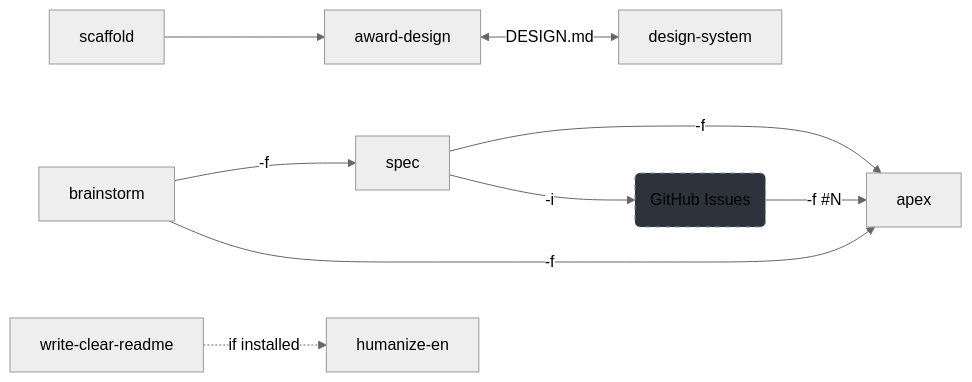
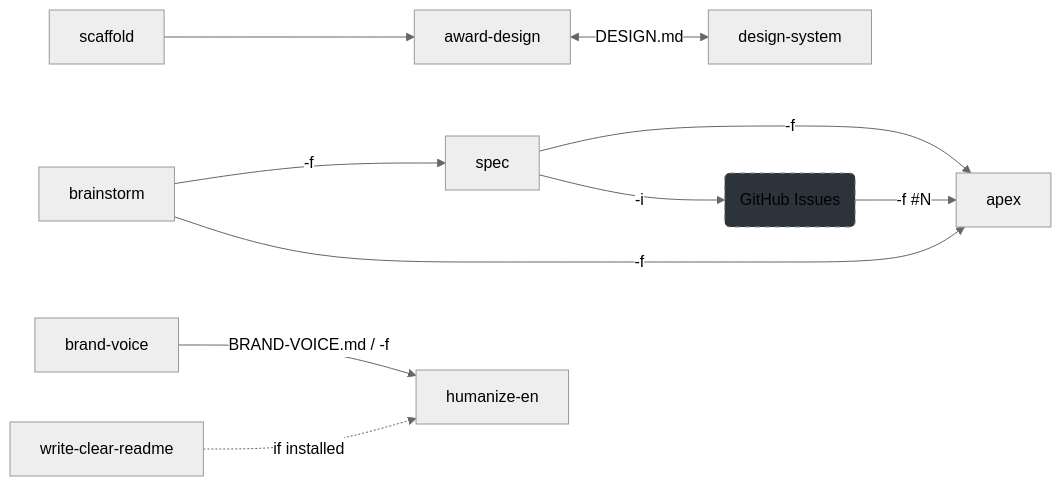
Before and after one commit to coroboros/agent-skills: the diagram in README.md, drawn with Mermaid (neutral theme). The commit also changed other lines of this file and 17 other files, not shown here.

````diff
--- a/README.md
+++ b/README.md
@@ -791,15 +874,16 @@
 ```mermaid
 graph LR
   brainstorm -->|"-f"| spec
   brainstorm -->|"-f"| apex
   spec -->|"-f"| apex
   spec -->|"-i"| issues(GitHub Issues)
   issues -->|"-f #N"| apex
 
   scaffold --> award-design
   award-design <-->|DESIGN.md| design-system
 
+  brand-voice -->|"BRAND-VOICE.md / -f"| humanize-en
   write-clear-readme -.->|if installed| humanize-en
 
   style issues fill:#2d333b,stroke:#8b949e,stroke-dasharray: 5 5
 ```
````
